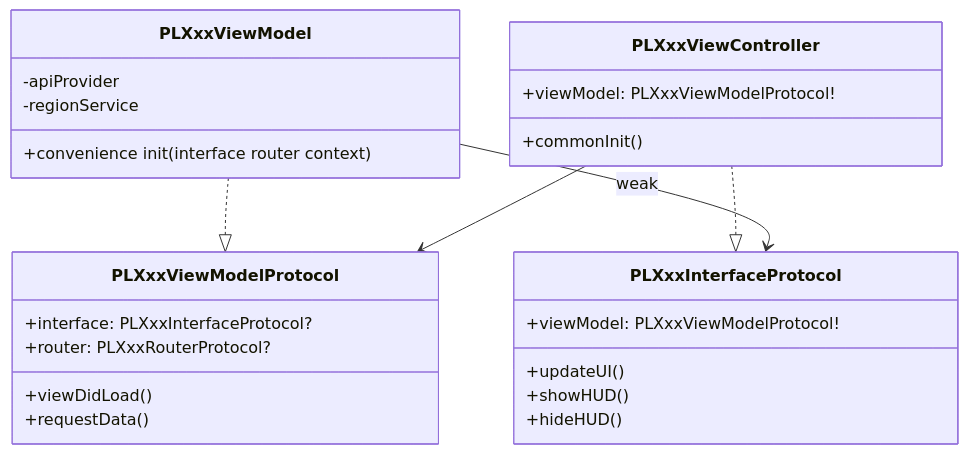
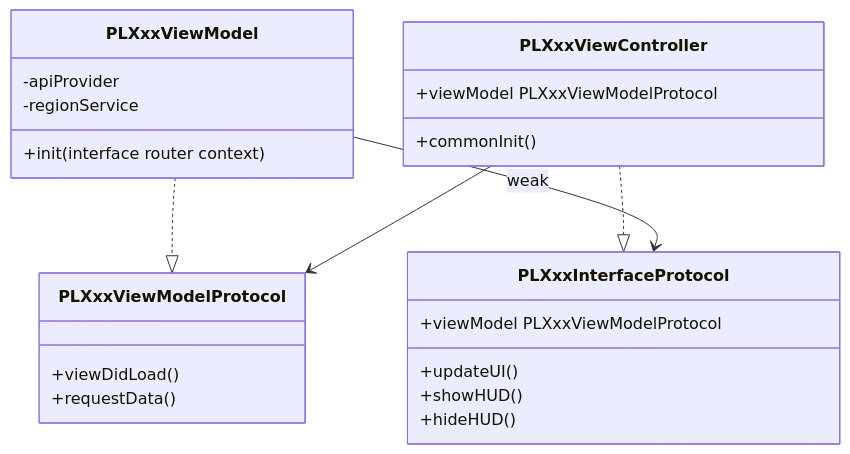
The second of 5 diagrams in docs/ios/copilot-workflow.md (ildream/learnAI), drawn with Mermaid before and after one commit. The commit also changed other lines of this file, not shown here.

Commit message:
fix: fix mermaid \n and special chars; add English reference section

````diff
--- a/docs/ios/copilot-workflow.md
+++ b/docs/ios/copilot-workflow.md
@@ -50,29 +50,27 @@
 ```mermaid
 classDiagram
     class PLXxxInterfaceProtocol {
-        +viewModel: PLXxxViewModelProtocol!
+        +viewModel PLXxxViewModelProtocol
         +updateUI()
         +showHUD()
         +hideHUD()
     }
     class PLXxxViewModelProtocol {
-        +interface: PLXxxInterfaceProtocol?
-        +router: PLXxxRouterProtocol?
         +viewDidLoad()
         +requestData()
     }
     class PLXxxViewModel {
         -apiProvider
         -regionService
-        +convenience init(interface router context)
+        +init(interface router context)
     }
     class PLXxxViewController {
-        +viewModel: PLXxxViewModelProtocol!
+        +viewModel PLXxxViewModelProtocol
         +commonInit()
     }
 
     PLXxxViewController ..|> PLXxxInterfaceProtocol
     PLXxxViewModel ..|> PLXxxViewModelProtocol
     PLXxxViewModel --> PLXxxInterfaceProtocol : weak
     PLXxxViewController --> PLXxxViewModelProtocol
 ```
````
